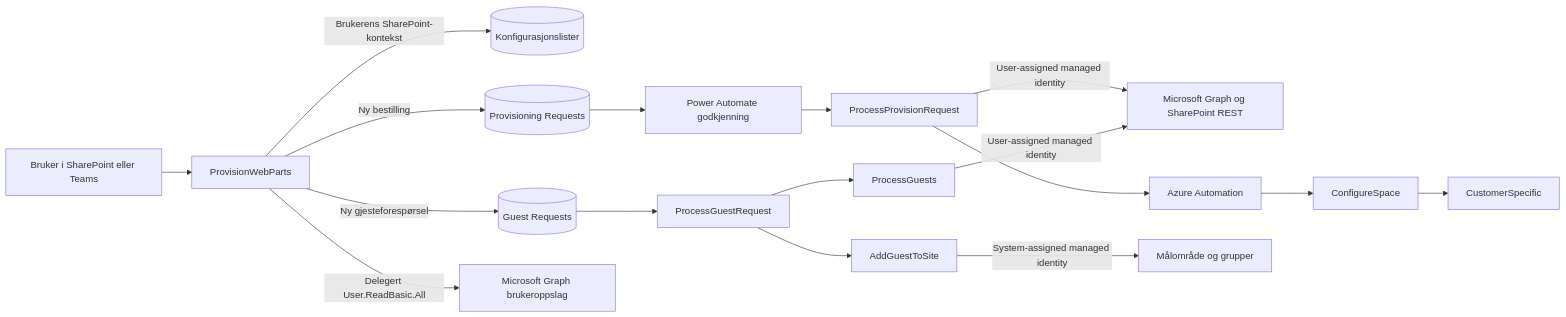
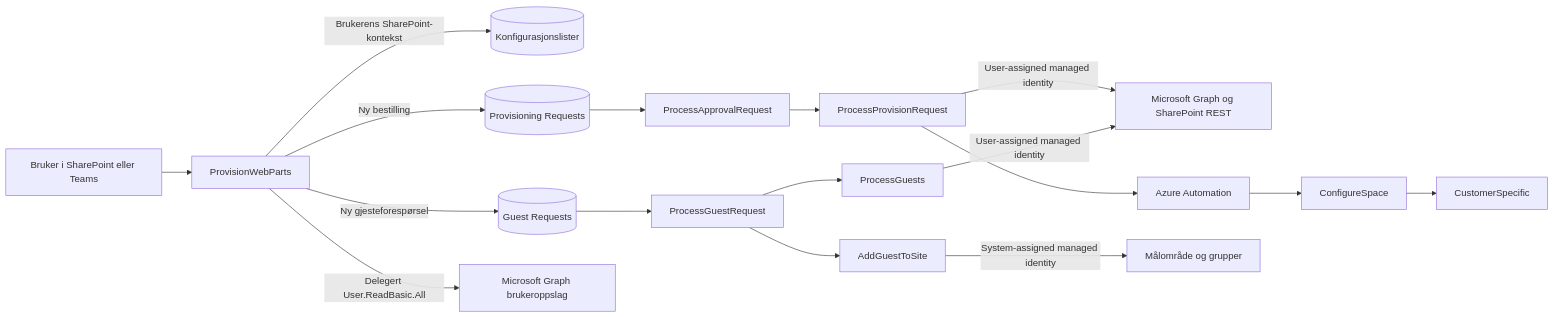
Before and after one commit to Puzzlepart/bestillingsportalen: the first of 3 diagrams in App-teknisk-referanse.md, drawn with Mermaid. The commit also changed other lines of this file and 27 other files, not shown here.

Commit message:
Erstatt godkjenningsflyten i Power Automate med Logic App (#51)

````diff
--- a/App-teknisk-referanse.md
+++ b/App-teknisk-referanse.md
@@ -44,21 +44,21 @@
 ```mermaid
 flowchart LR
     U[Bruker i SharePoint eller Teams] --> SPFX[ProvisionWebParts]
     SPFX -->|Brukerens SharePoint-kontekst| CFG[(Konfigurasjonslister)]
     SPFX -->|Ny bestilling| PR[(Provisioning Requests)]
     SPFX -->|Ny gjesteforespørsel| GR[(Guest Requests)]
     SPFX -->|Delegert User.ReadBasic.All| GRAPHLOOKUP[Microsoft Graph brukeroppslag]
 
-    PR --> PA[Power Automate godkjenning]
+    PR --> PA[ProcessApprovalRequest]
     PA --> PPR[ProcessProvisionRequest]
     PPR -->|User-assigned managed identity| GRAPH[Microsoft Graph og SharePoint REST]
     PPR --> AUTO[Azure Automation]
     AUTO --> CONFIGURE[ConfigureSpace]
     CONFIGURE --> CUSTOM[CustomerSpecific]
 
     GR --> PGR[ProcessGuestRequest]
     PGR --> PG[ProcessGuests]
     PG -->|User-assigned managed identity| GRAPH
     PGR --> ADDGUEST[AddGuestToSite]
     ADDGUEST -->|System-assigned managed identity| TARGET[Målområde og grupper]
 ```
````
